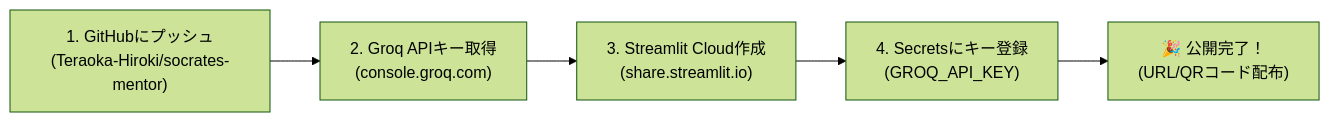
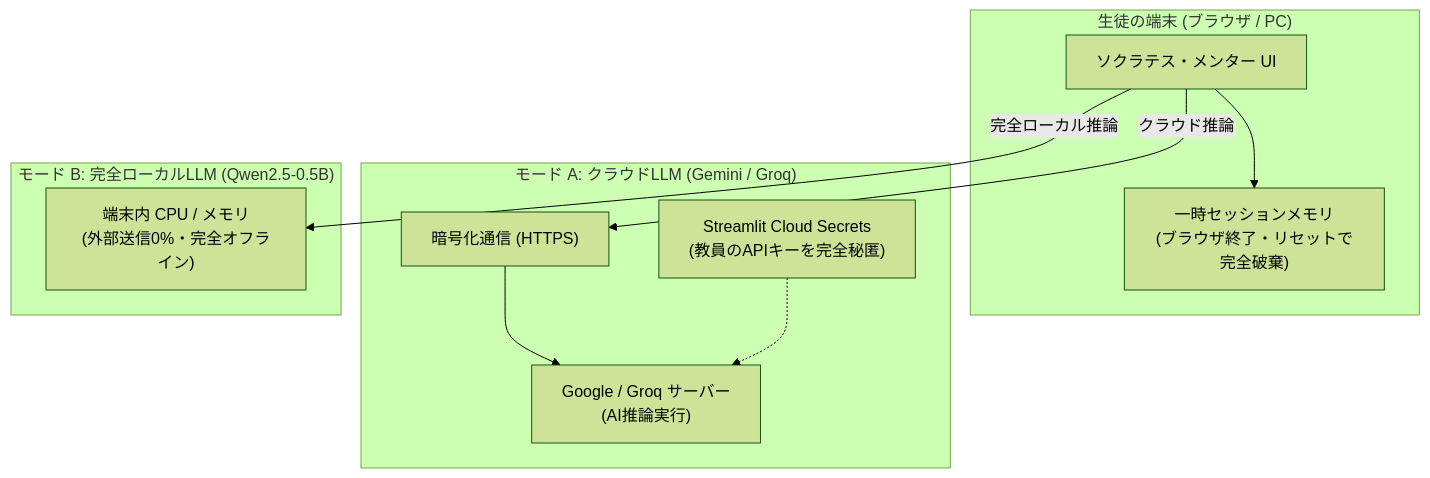
One commit to Teraoka-Hiroki/socrates-mentor changed the diagram in README.md. Above: the diagram before and after it, drawn with Mermaid (forest theme). The commit also changed other lines of this file and 1 other file, not shown here.

````diff
--- a/README.md
+++ b/README.md
@@ -76,7 +50,22 @@
 ```mermaid
-flowchart LR
-    A["1. GitHubにプッシュ<br>(Teraoka-Hiroki/socrates-mentor)"] --> B["2. Groq APIキー取得<br>(console.groq.com)"]
-    B --> C["3. Streamlit Cloud作成<br>(share.streamlit.io)"]
-    C --> D["4. Secretsにキー登録<br>(GROQ_API_KEY)"]
-    D --> E["🎉 公開完了！<br>(URL/QRコード配布)"]
+flowchart TD
+    subgraph Client["生徒の端末 (ブラウザ / PC)"]
+        UI["ソクラテス・メンター UI"]
+        Memory["一時セッションメモリ<br>(ブラウザ終了・リセットで完全破棄)"]
+    end
+
+    subgraph Mode1["モード A: クラウドLLM (Gemini / Groq)"]
+        HTTPS["暗号化通信 (HTTPS)"]
+        CloudLLM["Google / Groq サーバー<br>(AI推論実行)"]
+        Secrets["Streamlit Cloud Secrets<br>(教員のAPIキーを完全秘匿)"]
+    end
+
+    subgraph Mode2["モード B: 完全ローカルLLM (Qwen2.5-0.5B)"]
+        LocalCPU["端末内 CPU / メモリ<br>(外部送信0%・完全オフライン)"]
+    end
+
+    UI --> Memory
+    UI -- "クラウド推論" --> HTTPS --> CloudLLM
+    Secrets -.-> CloudLLM
+    UI -- "完全ローカル推論" --> LocalCPU
 ```
````
